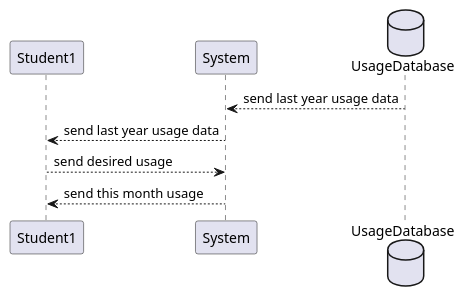
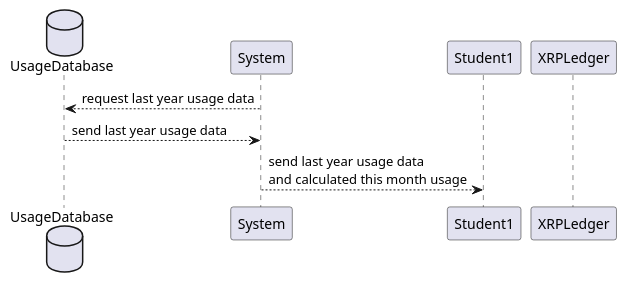
The diagram in Seq01_CalculateUsage.plantuml (KyotoUniv-SIC/electoric-power-exchange), drawn with PlantUML before and after one commit. The commit also changed 9 other files, not shown here.

```diff
--- a/Seq01_CalculateUsage.plantuml
+++ b/Seq01_CalculateUsage.plantuml
@@ -1,10 +1,10 @@
 @startuml sequence
+database    UsageDatabase     as db1
+participant System            as sys
 participant Student1          as st1
-participant System            as sys
-database    UsageDatabase     as db
+participant XRPLedger as xl
 
-db --> sys : send last year usage data
-sys --> st1 : send last year usage data
-st1 --> sys : send desired usage
-sys --> st1 : send this month usage
+sys --> db1 : request last year usage data
+db1 --> sys : send last year usage data
+sys --> st1 : send last year usage data \nand calculated this month usage
 @enduml
```
